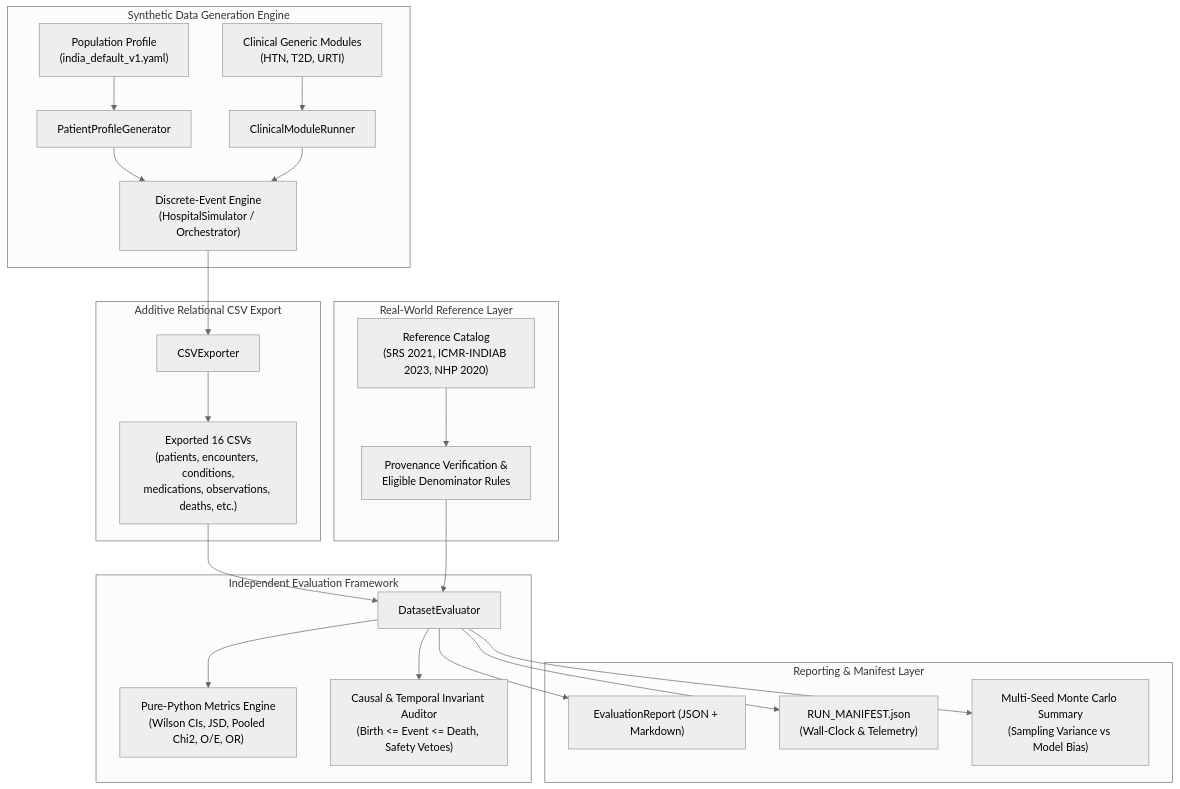
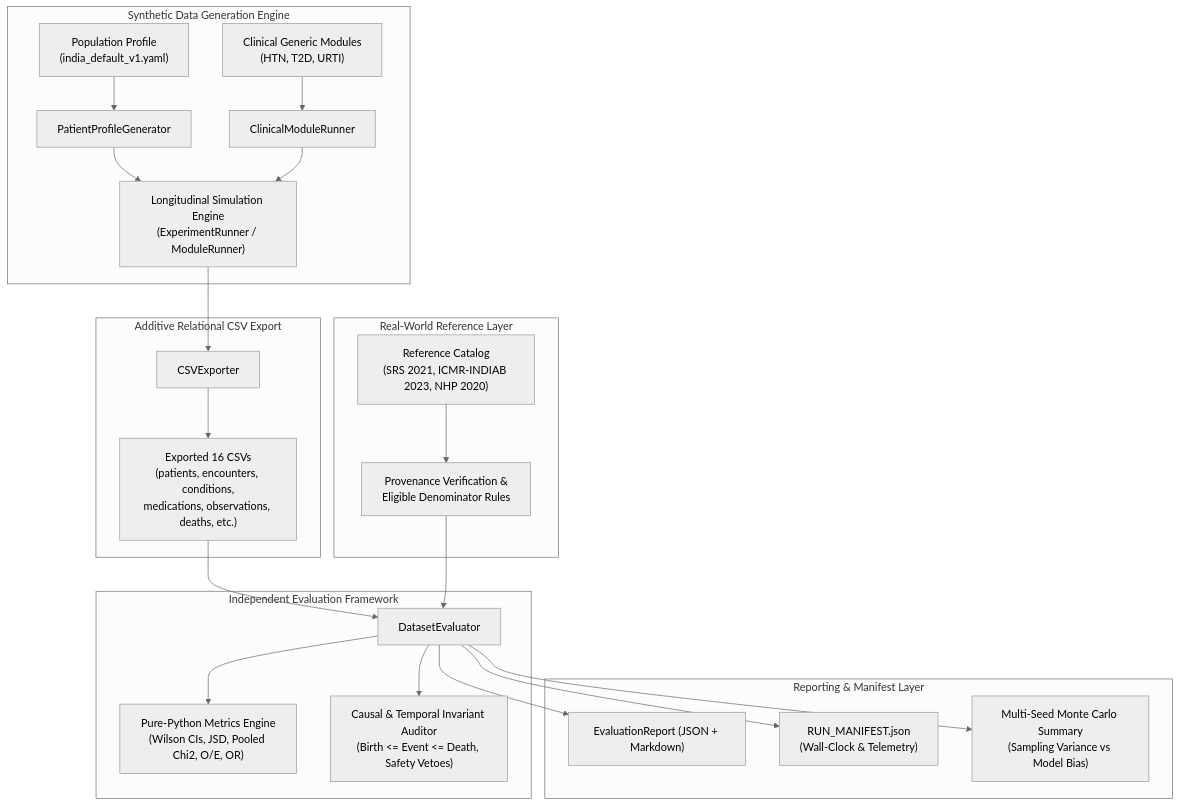
One commit to shashankbaswa007/synapse-phase2 changed the diagram in docs/research_alignment/evaluation_architecture.md. Above: the diagram before and after it, drawn with Mermaid (neutral theme). The commit also changed 52 other files, not shown here.

Commit message:
refactor: reorganize architecture documentation into legacy hospital prototype and update generator components

````diff
--- a/docs/research_alignment/evaluation_architecture.md
+++ b/docs/research_alignment/evaluation_architecture.md
@@ -13,33 +13,33 @@
 ```mermaid
 flowchart TD
     subgraph S1["Synthetic Data Generation Engine"]
         PP["Population Profile<br>(india_default_v1.yaml)"] --> PG["PatientProfileGenerator"]
         CM["Clinical Generic Modules<br>(HTN, T2D, URTI)"] --> MR["ClinicalModuleRunner"]
-        PG --> DE["Discrete-Event Engine<br>(HospitalSimulator / Orchestrator)"]
+        PG --> DE["Longitudinal Simulation Engine<br>(ExperimentRunner / ModuleRunner)"]
         MR --> DE
     end
 
     subgraph S2["Additive Relational CSV Export"]
         DE --> EX["CSVExporter"]
         EX --> CSV["Exported 16 CSVs<br>(patients, encounters, conditions,<br>medications, observations, deaths, etc.)"]
     end
 
     subgraph S3["Real-World Reference Layer"]
         RC["Reference Catalog<br>(SRS 2021, ICMR-INDIAB 2023, NHP 2020)"]
         PV["Provenance Verification &<br>Eligible Denominator Rules"]
         RC --> PV
     end
 
     subgraph S4["Independent Evaluation Framework"]
         CSV --> DEVAL["DatasetEvaluator"]
         PV --> DEVAL
         DEVAL --> ME["Pure-Python Metrics Engine<br>(Wilson CIs, JSD, Pooled Chi2, O/E, OR)"]
         DEVAL --> INV["Causal & Temporal Invariant Auditor<br>(Birth <= Event <= Death, Safety Vetoes)"]
     end
 
     subgraph S5["Reporting & Manifest Layer"]
         DEVAL --> ER["EvaluationReport (JSON + Markdown)"]
         DEVAL --> RM["RUN_MANIFEST.json<br>(Wall-Clock & Telemetry)"]
         DEVAL --> MC["Multi-Seed Monte Carlo Summary<br>(Sampling Variance vs Model Bias)"]
     end
 ```
````
